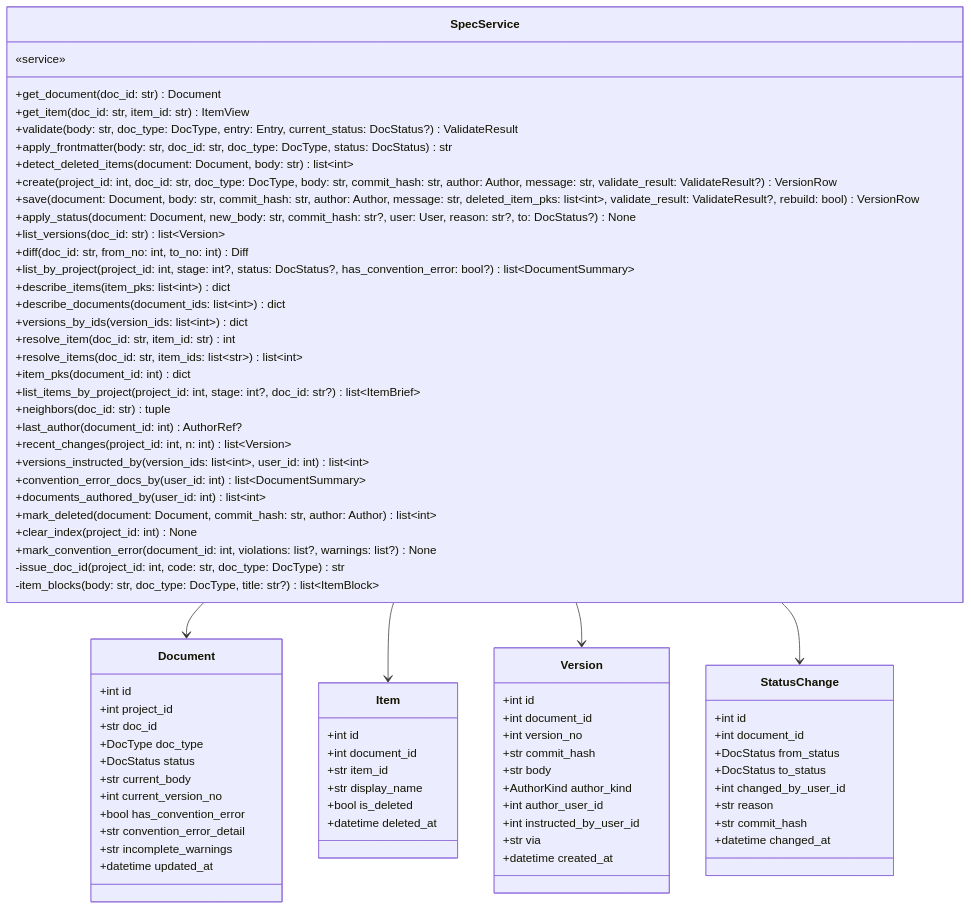
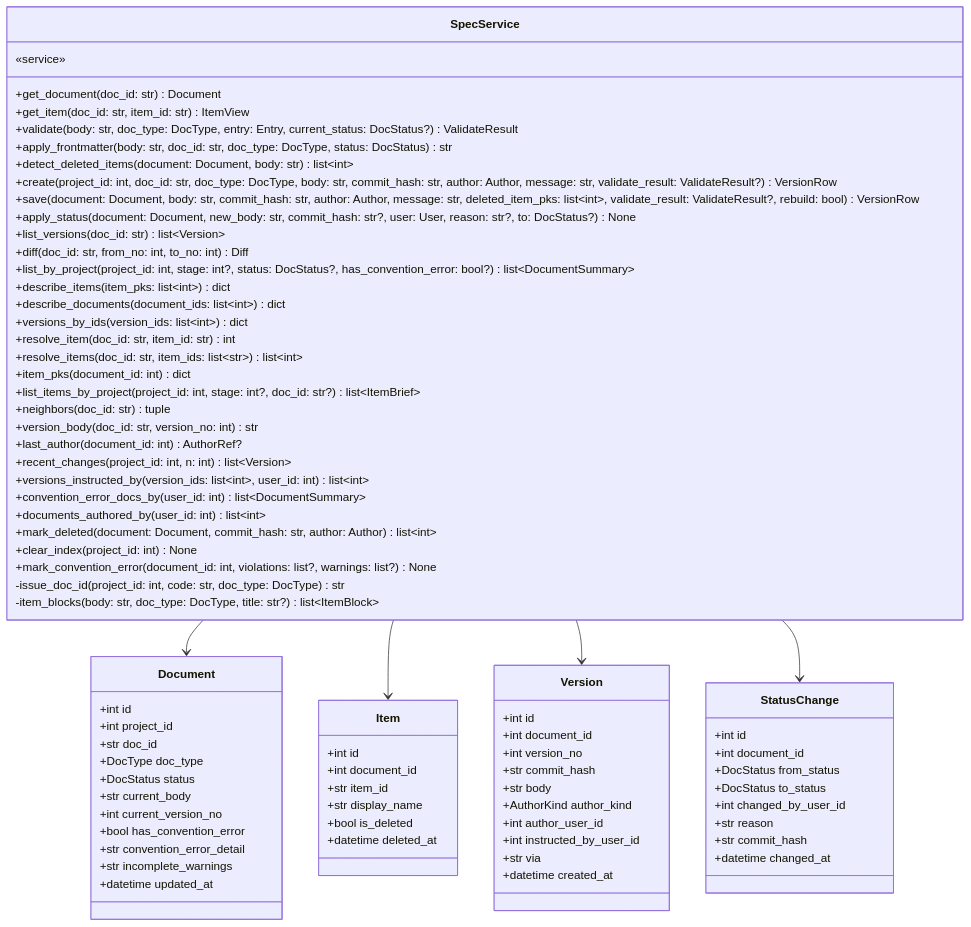
Before and after one commit to HoyoungParkme/syncdoc: diagram 16 of 20 in docs/specs/DOM/SYNC-DOM-002.md, drawn with Mermaid. The commit also changed other lines of this file, not shown here.

First line of the commit message:
spec(SYNC-DOM-002): scheduler.py · SpecService.version_body · rebuild(code, session)

```diff
--- a/docs/specs/DOM/SYNC-DOM-002.md
+++ b/docs/specs/DOM/SYNC-DOM-002.md
@@ -569,6 +571,7 @@
         +item_pks(document_id: int) dict
         +list_items_by_project(project_id: int, stage: int?, doc_id: str?) list~ItemBrief~
         +neighbors(doc_id: str) tuple
+        +version_body(doc_id: str, version_no: int) str
         +last_author(document_id: int) AuthorRef?
         +recent_changes(project_id: int, n: int) list~Version~
         +versions_instructed_by(version_ids: list~int~, user_id: int) list~int~
```
